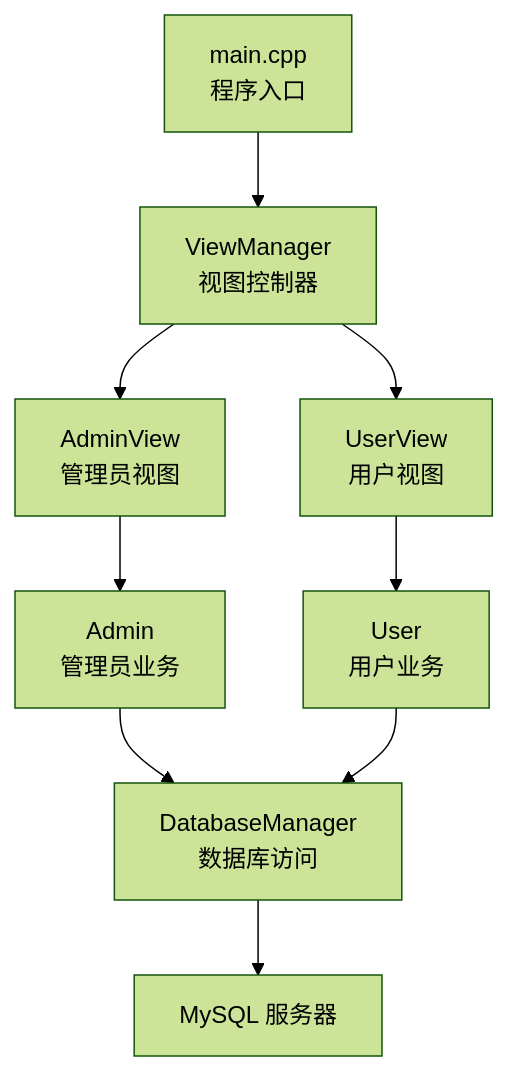
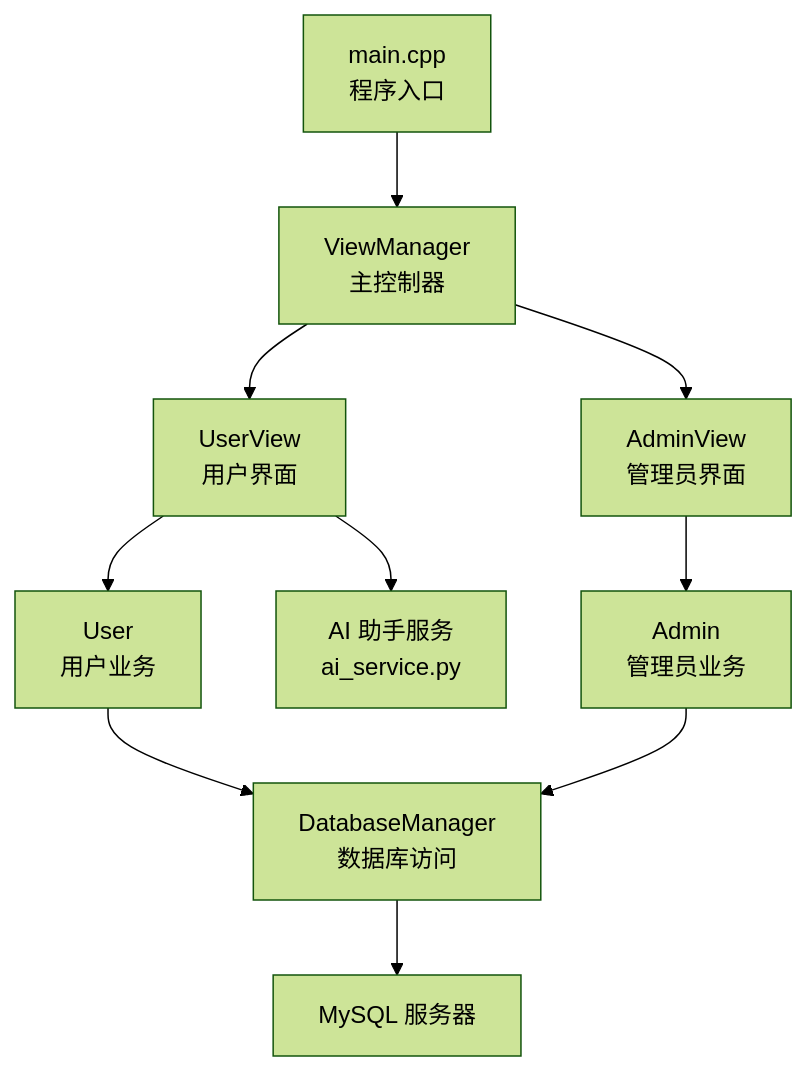
One commit to jinpeng900/OJ-Test changed the second of 9 diagrams in .qoder/repowiki/zh/content/开发指南.md. Above: the diagram before and after it, drawn with Mermaid (forest theme). The commit also changed other lines of this file and 65 other files, not shown here.

````diff
--- a/.qoder/repowiki/zh/content/开发指南.md
+++ b/.qoder/repowiki/zh/content/开发指南.md
@@ -131,11 +108,21 @@
 ```mermaid
 graph TB
-M["main.cpp<br/>程序入口"] --> VM["ViewManager<br/>视图控制器"]
-VM --> AV["AdminView<br/>管理员视图"]
-VM --> UV["UserView<br/>用户视图"]
-AV --> ADM["Admin<br/>管理员业务"]
-UV --> USR["User<br/>用户业务"]
-ADM --> DB["DatabaseManager<br/>数据库访问"]
-USR --> DB
-DB --> SQL["MySQL 服务器"]
+Main["main.cpp<br/>程序入口"]
+VM["ViewManager<br/>主控制器"]
+UV["UserView<br/>用户界面"]
+AV["AdminView<br/>管理员界面"]
+U["User<br/>用户业务"]
+A["Admin<br/>管理员业务"]
+DM["DatabaseManager<br/>数据库访问"]
+MySQL["MySQL 服务器"]
+AI["AI 助手服务<br/>ai_service.py"]
+Main --> VM
+VM --> UV
+VM --> AV
+UV --> U
+AV --> A
+U --> DM
+A --> DM
+DM --> MySQL
+UV --> AI
 ```
````
